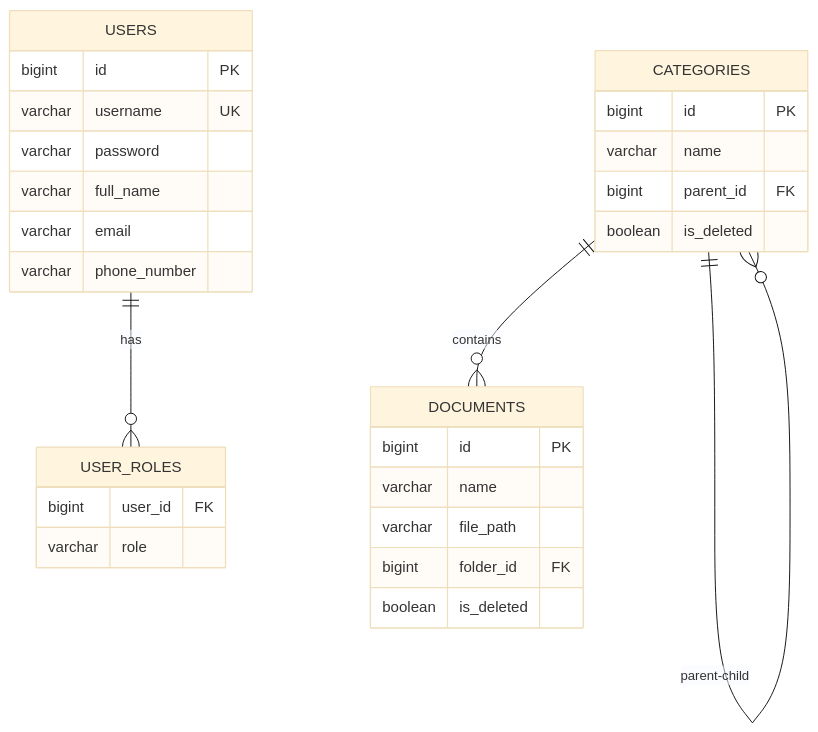
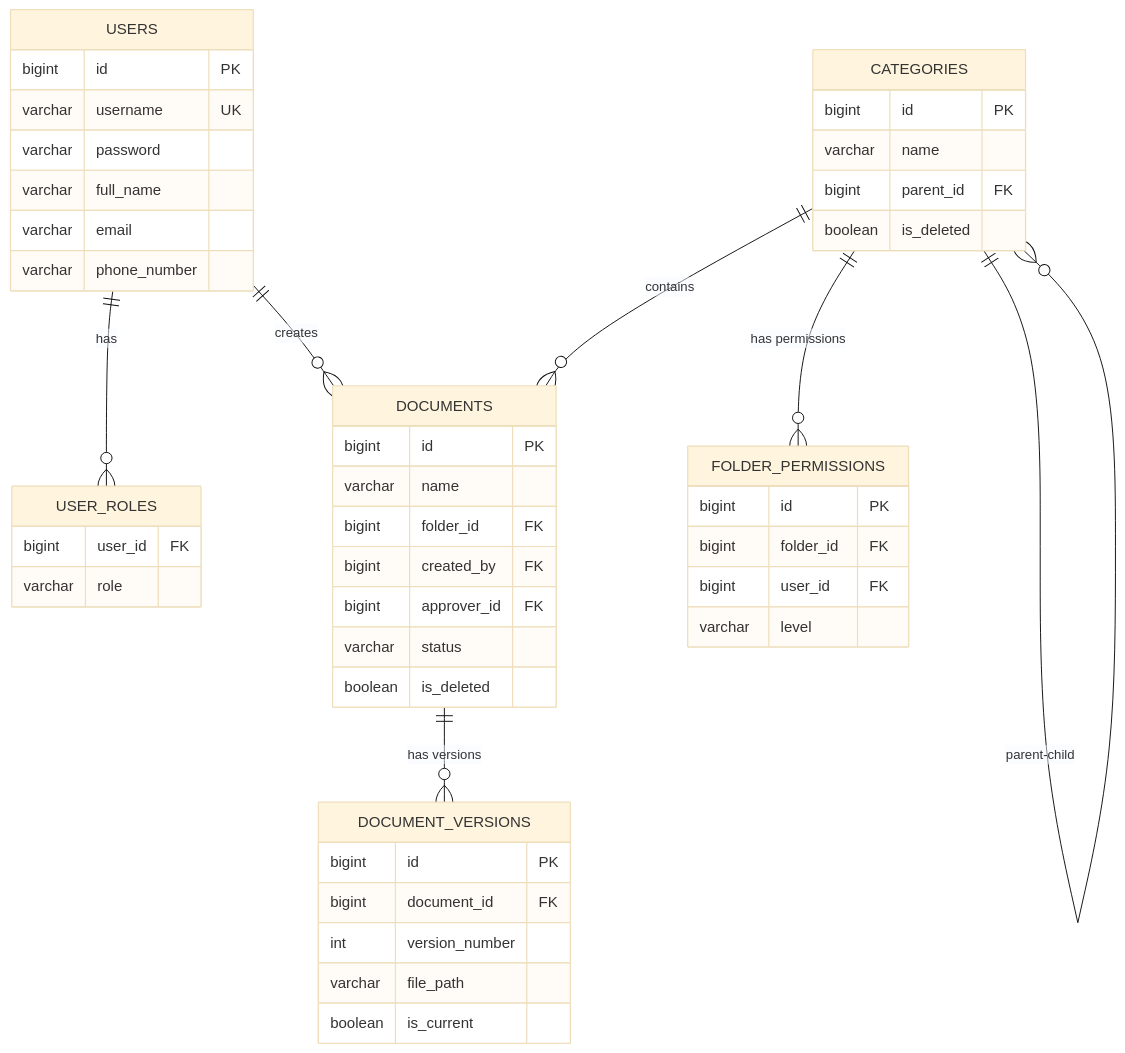
The third of 3 diagrams in README.md (2impaoo-it/smart-edms-system), drawn with Mermaid (base theme) before and after one commit. The commit also changed other lines of this file and 10 other files, not shown here.

````diff
--- a/README.md
+++ b/README.md
@@ -117,31 +122,49 @@
 ```mermaid
 erDiagram
     USERS ||--o{ USER_ROLES : has
+    USERS ||--o{ DOCUMENTS : creates
     USERS {
         bigint id PK
         varchar username UK
         varchar password
         varchar full_name
         varchar email
         varchar phone_number
     }
     USER_ROLES {
         bigint user_id FK
         varchar role
     }
     CATEGORIES ||--o{ CATEGORIES : "parent-child"
     CATEGORIES ||--o{ DOCUMENTS : contains
+    CATEGORIES ||--o{ FOLDER_PERMISSIONS : "has permissions"
     CATEGORIES {
         bigint id PK
         varchar name
         bigint parent_id FK
         boolean is_deleted
     }
+    FOLDER_PERMISSIONS {
+        bigint id PK
+        bigint folder_id FK
+        bigint user_id FK
+        varchar level
+    }
+    DOCUMENTS ||--o{ DOCUMENT_VERSIONS : "has versions"
     DOCUMENTS {
         bigint id PK
         varchar name
-        varchar file_path
         bigint folder_id FK
+        bigint created_by FK
+        bigint approver_id FK
+        varchar status
         boolean is_deleted
     }
+    DOCUMENT_VERSIONS {
+        bigint id PK
+        bigint document_id FK
+        int version_number
+        varchar file_path
+        boolean is_current
+    }
 ```
````
